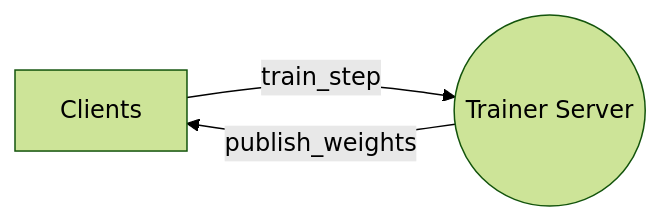
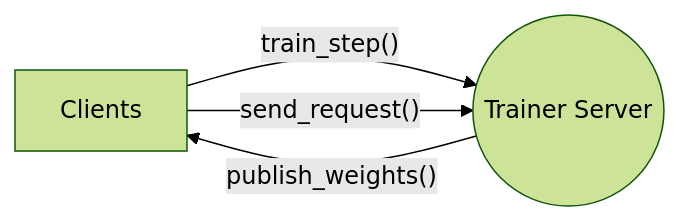
One commit to youliangtan/agentlace changed the third of 3 diagrams in README.md. Above: the diagram before and after it, drawn with Mermaid (forest theme). The commit also changed other lines of this file and 3 other files, not shown here.

Commit message:
fix mermaid doc and extend trainer function

````diff
--- a/README.md
+++ b/README.md
@@ -56,5 +58,6 @@
 ```mermaid
 graph LR
-A[Clients] -- train_step --> B((Trainer Server))
-B -- publish_weights --> A
+A[Clients] -- train_step() --> B((Trainer Server))
+B -- publish_weights() --> A
+A -- send_request() --> B
 ```
````
